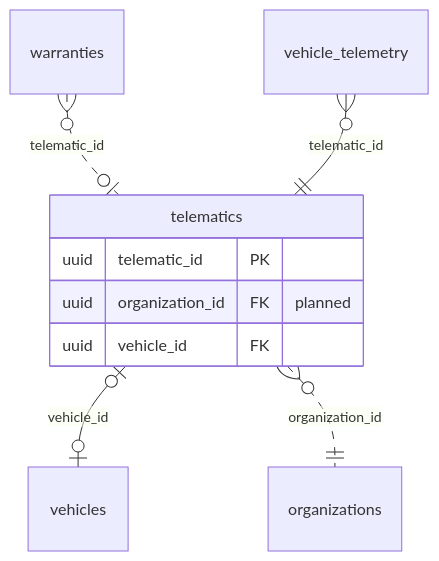
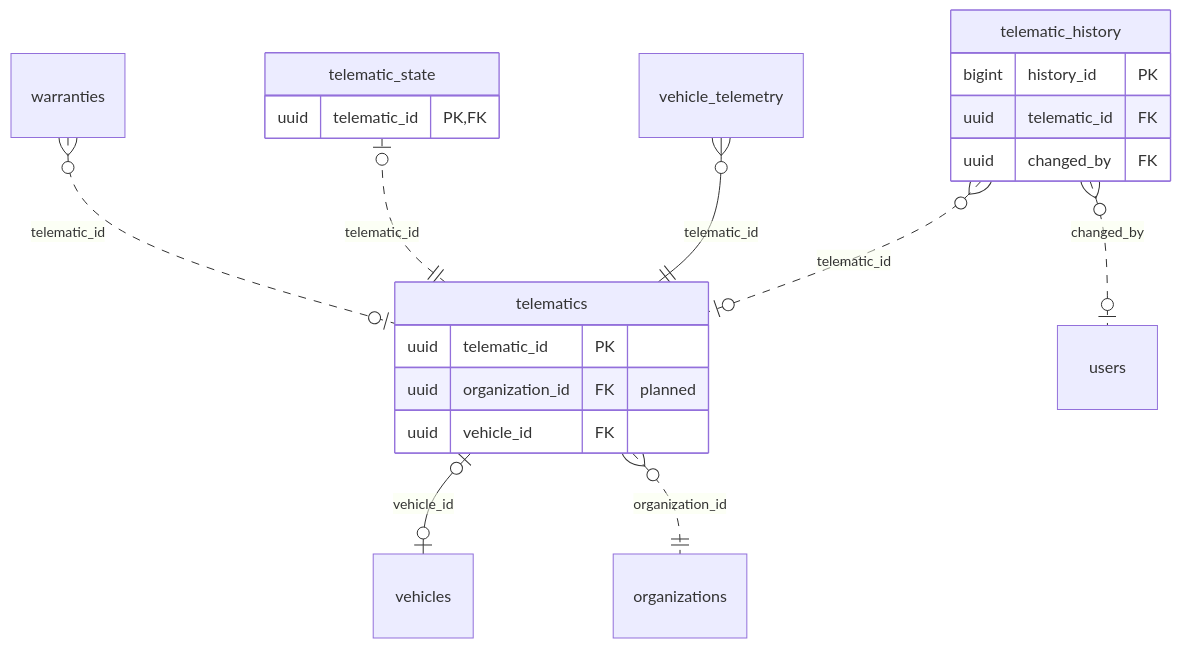
One commit to yolo-coccoc/G3Network-app changed the diagram in docs/design/domain-model/domains/telematics.md. Above: the diagram before and after it, drawn with Mermaid. The commit also changed other lines of this file and 21 other files, not shown here.

````diff
--- a/docs/design/domain-model/domains/telematics.md
+++ b/docs/design/domain-model/domains/telematics.md
@@ -16,12 +16,23 @@
 ```mermaid
 erDiagram
   telematics {
     uuid telematic_id PK
     uuid organization_id FK "planned"
     uuid vehicle_id FK
   }
+  telematic_history {
+    bigint history_id PK
+    uuid telematic_id FK
+    uuid changed_by FK
+  }
+  telematic_state {
+    uuid telematic_id PK, FK
+  }
   warranties }o..o| telematics : "telematic_id"
   telematics |o--o| vehicles : "vehicle_id"
   telematics }o..|| organizations : "organization_id"
+  telematic_state |o..|| telematics : "telematic_id"
   vehicle_telemetry }o--|| telematics : "telematic_id"
+  telematic_history }o..o| telematics : "telematic_id"
+  telematic_history }o..o| users : "changed_by"
 ```
````
